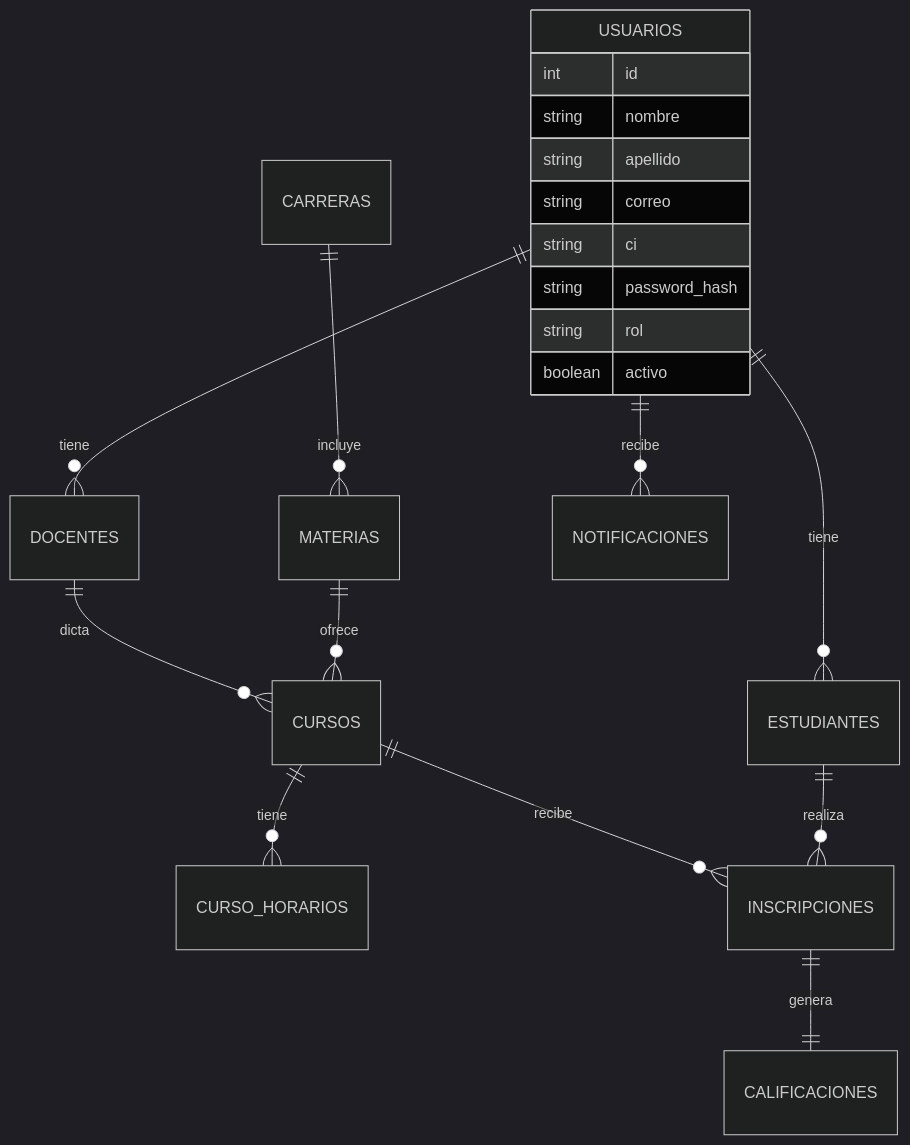
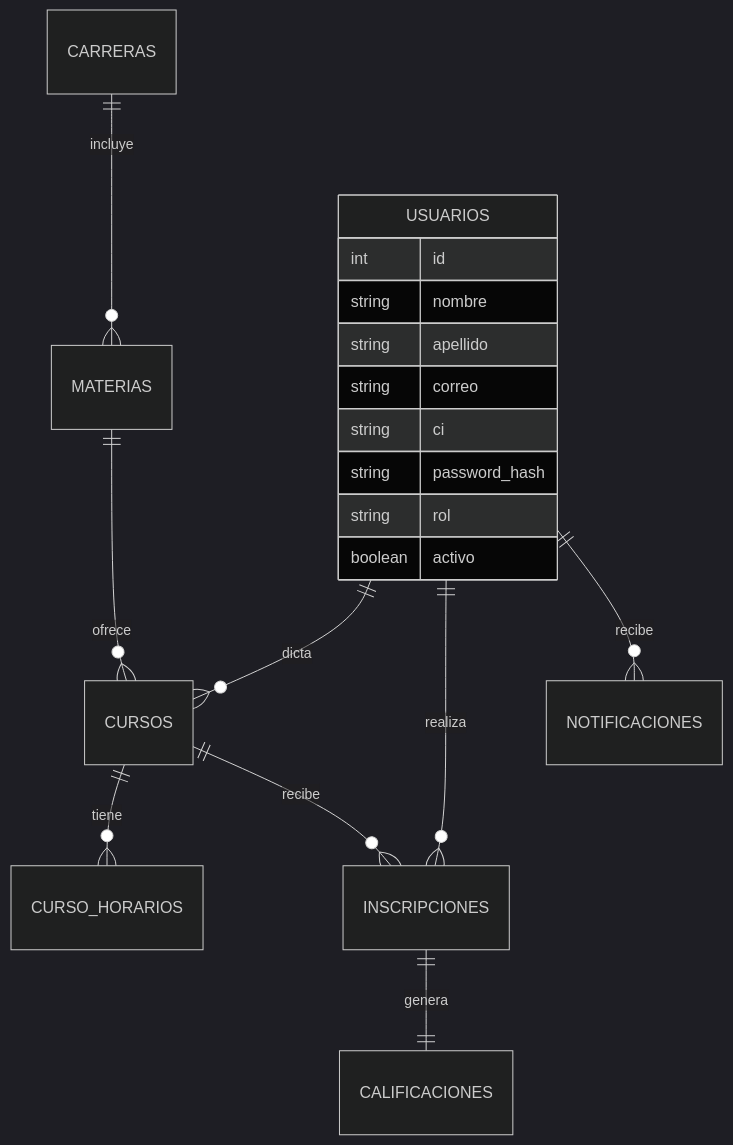
One commit to elunboundfiremail/WebAppAcademico changed the second of 14 diagrams in README.md. Above: the diagram before and after it, drawn with Mermaid (dark theme). The commit also changed other lines of this file, not shown here.

````diff
--- a/README.md
+++ b/README.md
@@ -116,24 +118,22 @@
 ```mermaid
 erDiagram
-  USUARIOS ||--o{ ESTUDIANTES : tiene
-  USUARIOS ||--o{ DOCENTES : tiene
   CARRERAS ||--o{ MATERIAS : incluye
   MATERIAS ||--o{ CURSOS : ofrece
-  DOCENTES ||--o{ CURSOS : dicta
+  USUARIOS ||--o{ CURSOS : dicta
   CURSOS ||--o{ CURSO_HORARIOS : tiene
-  ESTUDIANTES ||--o{ INSCRIPCIONES : realiza
+  USUARIOS ||--o{ INSCRIPCIONES : realiza
   CURSOS ||--o{ INSCRIPCIONES : recibe
   INSCRIPCIONES ||--|| CALIFICACIONES : genera
   USUARIOS ||--o{ NOTIFICACIONES : recibe
 
   USUARIOS {
     int id
     string nombre
     string apellido
     string correo
     string ci
     string password_hash
     string rol
     boolean activo
   }
 ```
````
